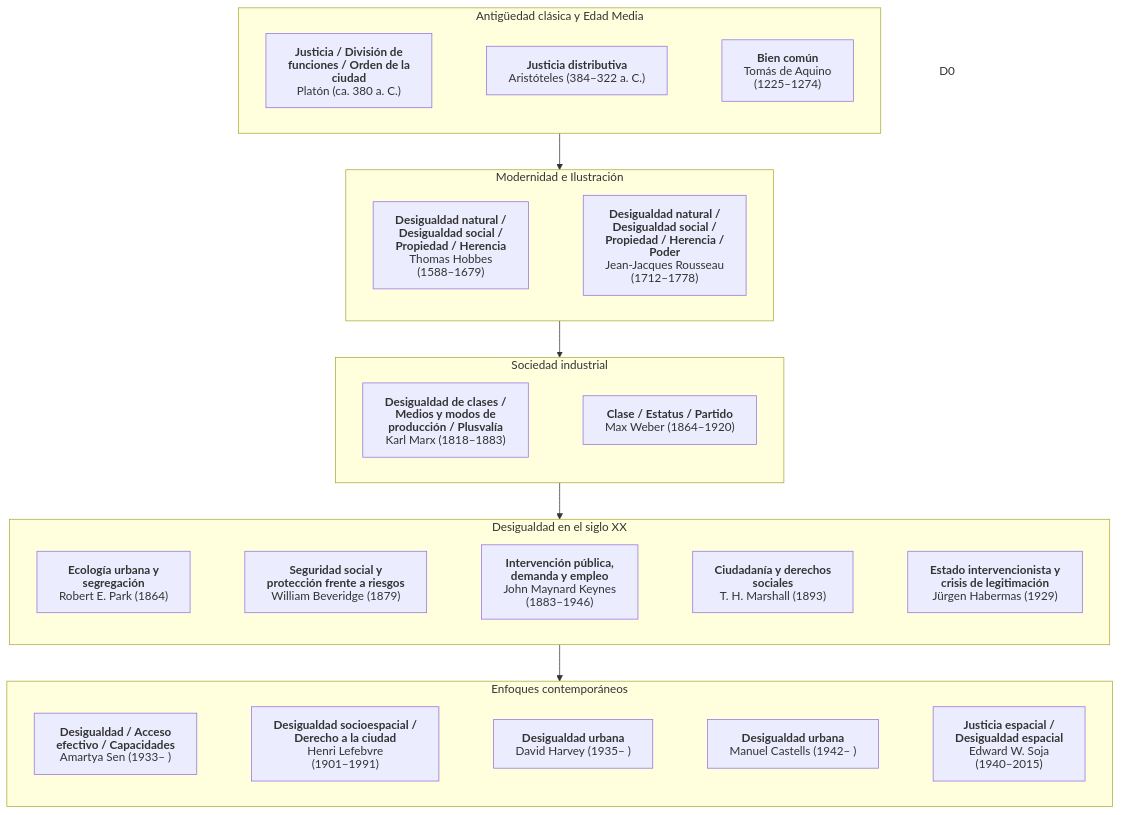
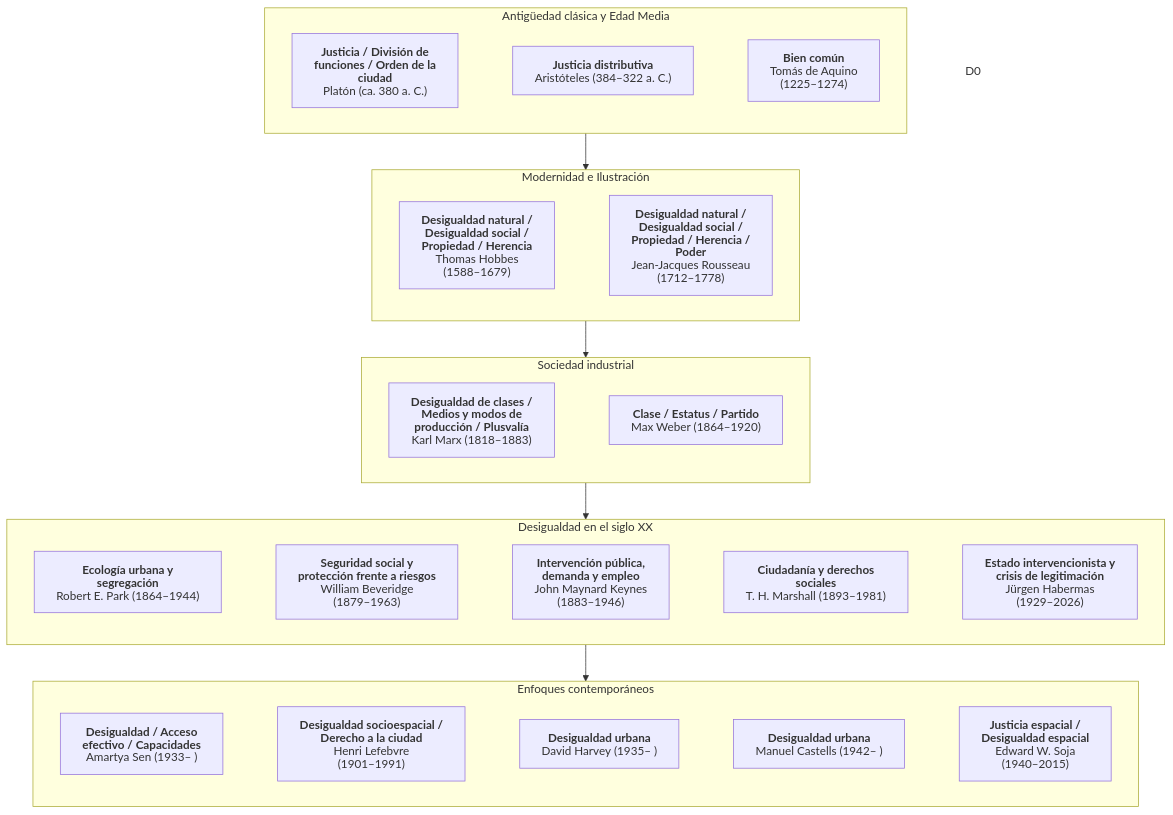
One commit to isarivg/esquema_marco_teorico changed the diagram in desigualdad.md. Above: the diagram before and after it, drawn with Mermaid.

````diff
--- a/desigualdad.md
+++ b/desigualdad.md
@@ -1,73 +1,73 @@
 ```mermaid
 ---
 config:
   htmlLabels: false
 ---
 flowchart TD
     subgraph A["Antigüedad clásica y Edad Media"]
         direction LR
         A1["`**Justicia / División de funciones / Orden de la ciudad**
 Platón (ca. 380 a. C.)`"]
         A2["`**Justicia distributiva**
 Aristóteles (384–322 a. C.)`"]
         A3["`**Bien común**
 Tomás de Aquino (1225–1274)`"]
 
         A1 ~~~ A2 ~~~ A3
     end
 
     subgraph B["Modernidad e Ilustración"]
         direction LR
         B1["`**Desigualdad natural / Desigualdad social / Propiedad / Herencia**
 Thomas Hobbes (1588–1679)`"]
         B3["`**Desigualdad natural / Desigualdad social / Propiedad / Herencia / Poder**
 Jean-Jacques Rousseau (1712–1778)`"]
 
         B1 ~~~ B3
     end
 
     subgraph C["Sociedad industrial"]
         direction LR
         C1["`**Desigualdad de clases / Medios y modos de producción / Plusvalía**
 Karl Marx (1818–1883)`"]
         C2["`**Clase / Estatus / Partido**
 Max Weber (1864–1920)`"]
 
         C1 ~~~ C2
     end
 
     subgraph D["Desigualdad en el siglo XX"]
         direction LR
         D2["`**Ecología urbana y segregación**
-Robert E. Park (1864)`"]
+Robert E. Park (1864–1944)`"]
         D3["`**Seguridad social y protección frente a riesgos**
-William Beveridge (1879)`"]
+William Beveridge (1879–1963)`"]
         D4["`**Intervención pública, demanda y empleo**
 John Maynard Keynes (1883–1946)`"]
         D5["`**Ciudadanía y derechos sociales**
-T. H. Marshall (1893)`"]
+T. H. Marshall (1893–1981)`"]
         D6["`**Estado intervencionista y crisis de legitimación**
-Jürgen Habermas (1929)`"]
+Jürgen Habermas (1929–2026)`"]
 
         D2 ~~~ D3 ~~~ D4 ~~~ D5 ~~~ D6
     end
 
     subgraph E["Enfoques contemporáneos"]
         direction LR
         E1["`**Desigualdad / Acceso efectivo / Capacidades**
 Amartya Sen (1933– )`"]
         E2["`**Desigualdad socioespacial / Derecho a la ciudad**
 Henri Lefebvre (1901–1991)`"]
         E3["`**Desigualdad urbana**
 David Harvey (1935– )`"]
         E4["`**Desigualdad urbana**
 Manuel Castells (1942– )`"]
         E5["`**Justicia espacial / Desigualdad espacial**
 Edward W. Soja (1940–2015)`"]
 
         E1 ~~~ E2 ~~~ E3 ~~~ E4 ~~~ E5
 
     end
     A --> B --> C --> D --> E
     style D0 fill:none,stroke:none
 ```
````
